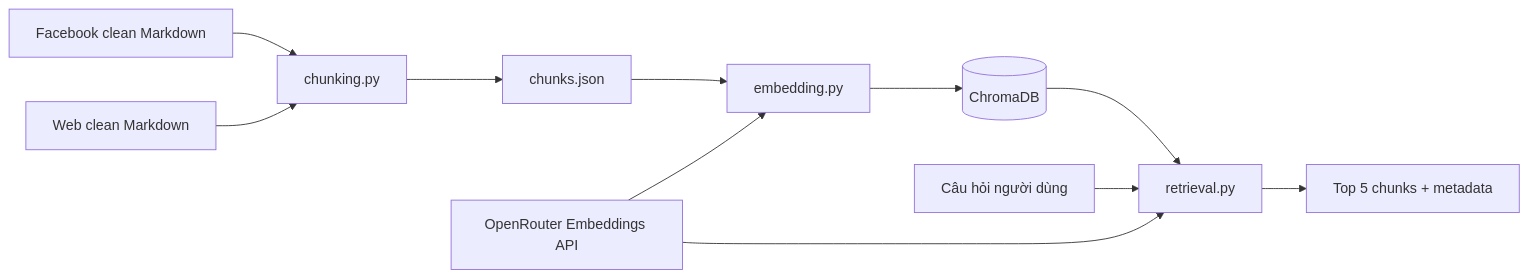
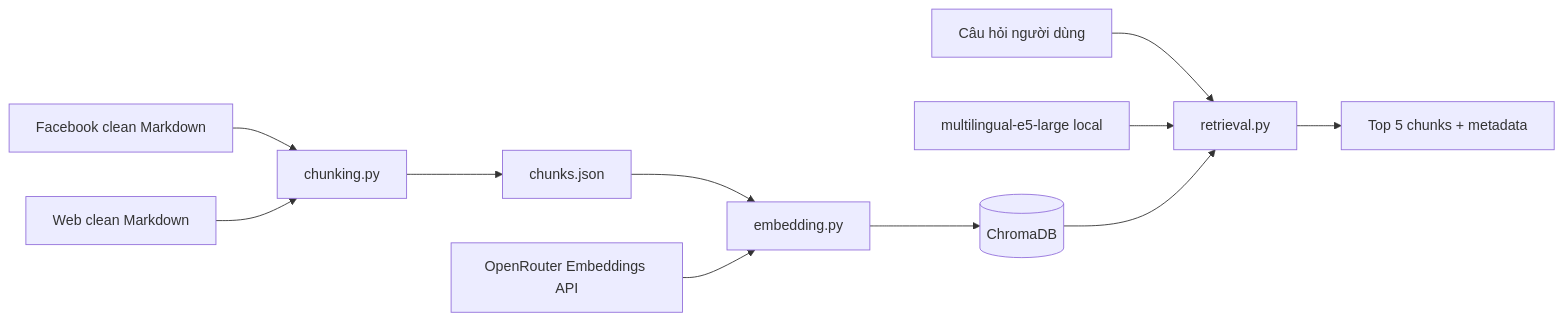
The diagram in docs/rag-system.md (dDxCg/K3-hackathon-VGO-E402), drawn with Mermaid before and after one commit. The commit also changed other lines of this file and 18 other files, not shown here.

````diff
--- a/docs/rag-system.md
+++ b/docs/rag-system.md
@@ -7,13 +7,13 @@
 ```mermaid
 flowchart LR
     A[Facebook clean Markdown] --> C[chunking.py]
     B[Web clean Markdown] --> C
     C --> D[chunks.json]
     D --> E[embedding.py]
     F[OpenRouter Embeddings API] --> E
     E --> G[(ChromaDB)]
     H[Câu hỏi người dùng] --> I[retrieval.py]
-    F --> I
+    L[multilingual-e5-large local] --> I
     G --> I
     I --> J[Top 5 chunks + metadata]
 ```
````
